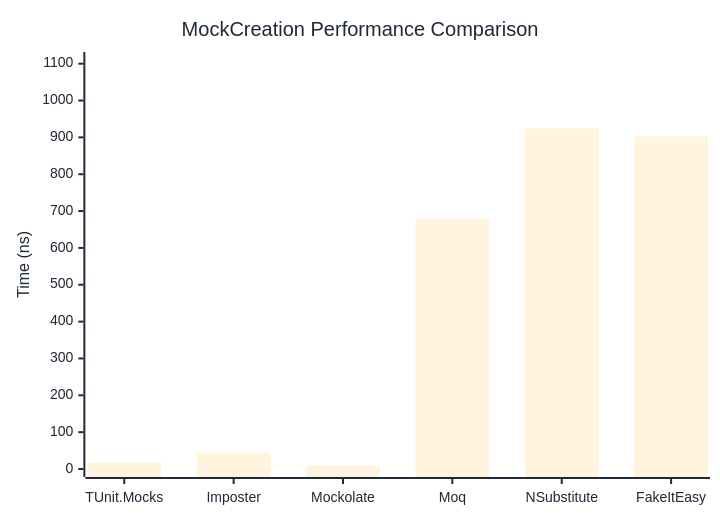
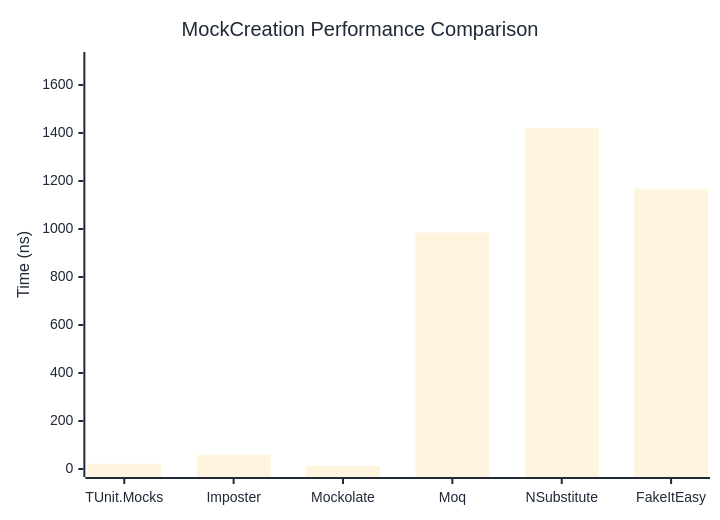
The first of 2 diagrams in docs/docs/benchmarks/mocks/MockCreation.md (thomhurst/TUnit), drawn with Mermaid before and after one commit. The commit also changed other lines of this file and 14 other files, not shown here.

````diff
--- a/docs/docs/benchmarks/mocks/MockCreation.md
+++ b/docs/docs/benchmarks/mocks/MockCreation.md
@@ -30,27 +30,27 @@
 ```mermaid
 %%{init: {
   'theme':'base',
   'themeVariables': {
     'primaryColor': '#2563eb',
     'primaryTextColor': '#1f2937',
     'primaryBorderColor': '#1e40af',
     'lineColor': '#6b7280',
     'secondaryColor': '#7c3aed',
     'tertiaryColor': '#dc2626',
     'background': '#ffffff',
     'pie1': '#2563eb',
     'pie2': '#7c3aed',
     'pie3': '#dc2626',
     'pie4': '#f59e0b',
     'pie5': '#10b981',
     'pie6': '#06b6d4',
     'pie7': '#ec4899',
     'pie8': '#6366f1'
   }
 }}%%
 xychart-beta
   title "MockCreation Performance Comparison"
   x-axis ["TUnit.Mocks", "Imposter", "Mockolate", "Moq", "NSubstitute", "FakeItEasy"]
-  y-axis "Time (ns)" 0 --> 1110
-  bar [17.242, 44.443, 9.552, 677.491, 924.265, 902.947]
+  y-axis "Time (ns)" 0 --> 1704
+  bar [21.9, 58.79, 12.59, 984.74, 1419.98, 1167.56]
 ```
````
